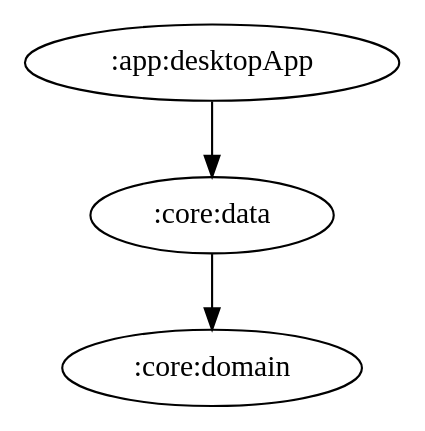
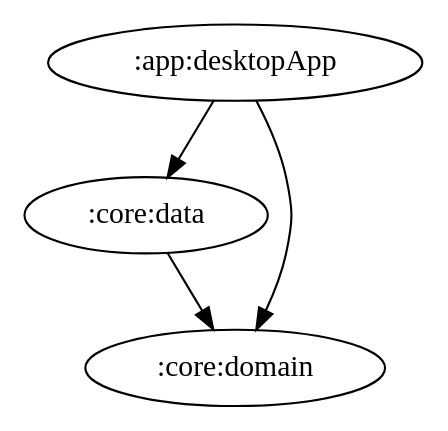
The diagram in docs/graphs/core-data.gv (ai-kurou/KoDriver), drawn with Graphviz before and after one commit. The commit also changed 11 other files, not shown here.

Commit message:
chore: update module graph images [skip ci]

```diff
--- a/docs/graphs/core-data.gv
+++ b/docs/graphs/core-data.gv
@@ -1,4 +1,5 @@
 digraph G {
   ":app:desktopApp" -> ":core:data"
+  ":app:desktopApp" -> ":core:domain"
   ":core:data" -> ":core:domain"
 }
```
